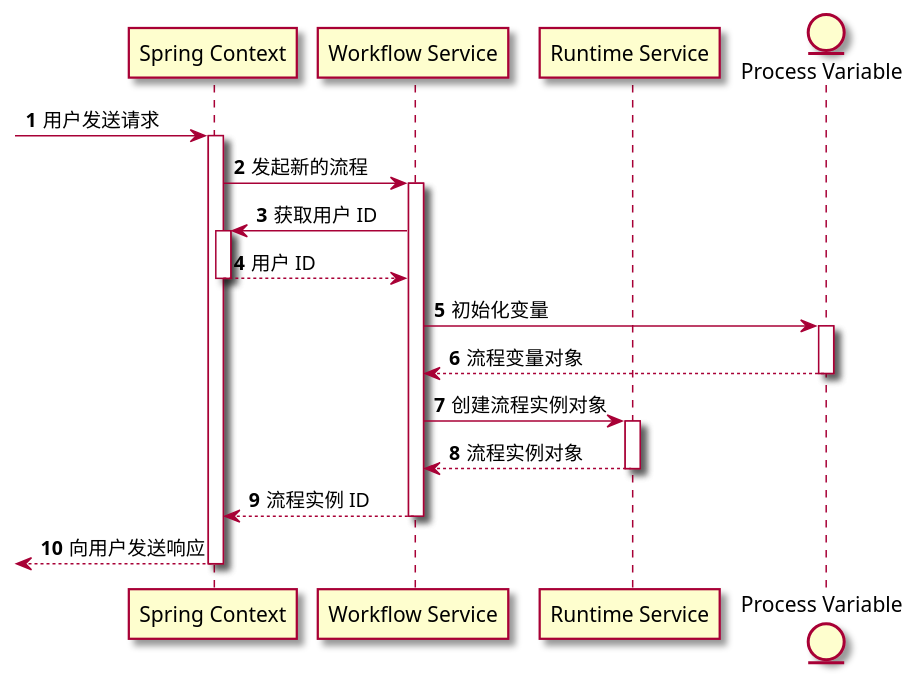
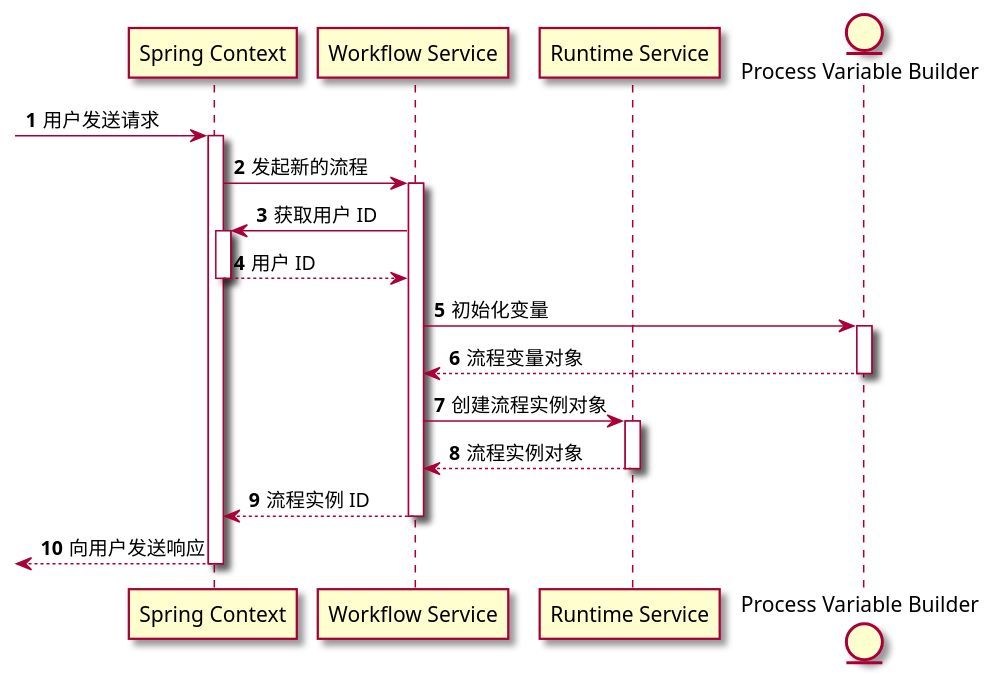
The diagram in plantuml/发起流程序列图.puml (OnlineSystemGroupA/backend), drawn with PlantUML before and after one commit. The commit also changed 33 other files, not shown here.

```diff
--- a/plantuml/发起流程序列图.puml
+++ b/plantuml/发起流程序列图.puml
@@ -1,29 +1,29 @@
 @startuml
 'https://plantuml.com/sequence-diagram
 
 skin rose
 
 autonumber
 
 participant "Spring Context" as a
 participant "Workflow Service" as b
 participant "Runtime Service" as d
-entity "Process Variable" as c
+entity "Process Variable Builder" as c
 
 -> a: 用户发送请求
 activate a
 a -> b: 发起新的流程
 activate b
 b -> a: 获取用户 ID
 activate a
 return 用户 ID
 b -> c: 初始化变量
 activate c
 return 流程变量对象
 b -> d: 创建流程实例对象
 activate d
 return 流程实例对象
 return 流程实例 ID
 return 向用户发送响应
 
 @enduml
```
